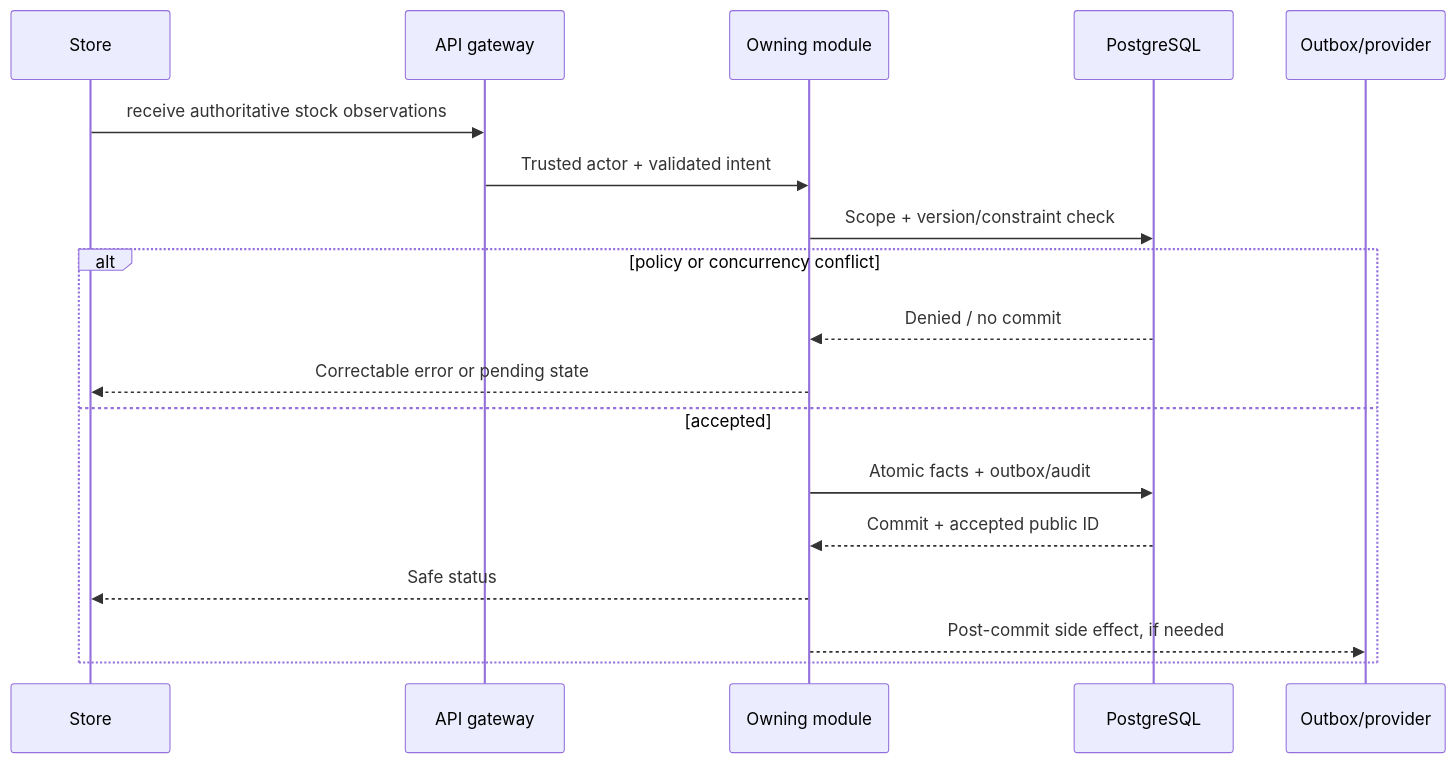
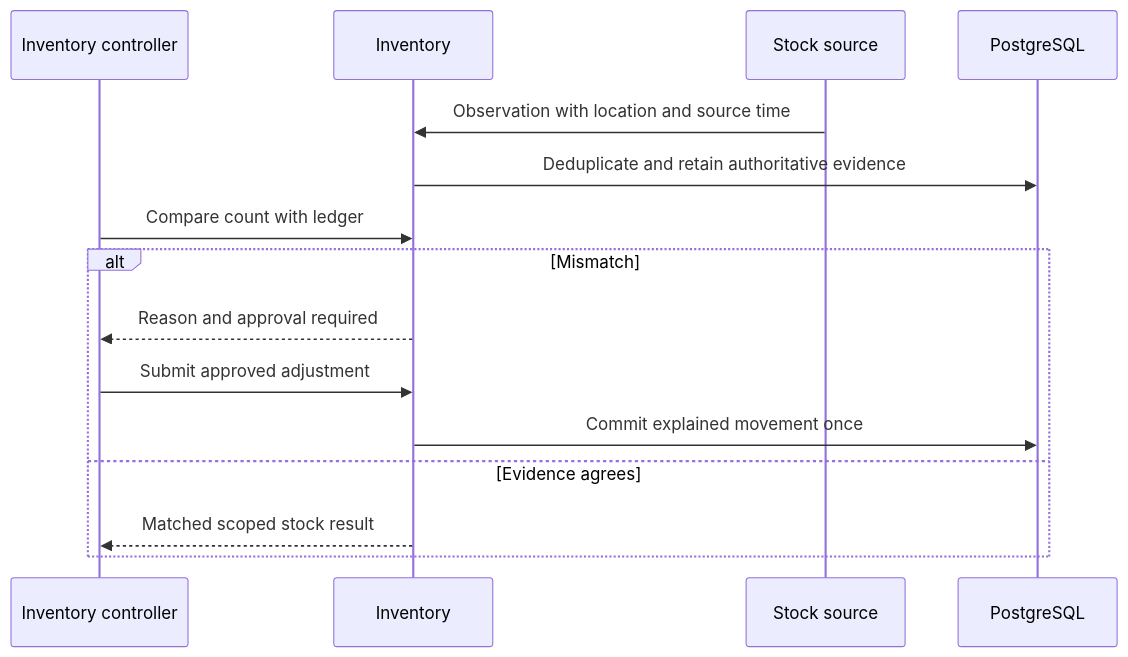
The diagram in 06-Workflows/WF-011-Inventory-Reconciliation.md (shiladityamajumder/pharmville-docs), drawn with Mermaid before and after one commit. The commit also changed other lines of this file and 158 other files, not shown here.

Commit message:
docs: add business guides, fix Mermaid diagrams, improve traceability and automate validation

````diff
--- a/06-Workflows/WF-011-Inventory-Reconciliation.md
+++ b/06-Workflows/WF-011-Inventory-Reconciliation.md
@@ -31,20 +26,17 @@
 ```mermaid
 sequenceDiagram
-  participant A as Store
-  participant API as API gateway
-  participant O as Owning module
-  participant PG as PostgreSQL
-  participant P as Outbox/provider
-  A->>API: receive authoritative stock observations
-  API->>O: Trusted actor + validated intent
-  O->>PG: Scope + version/constraint check
-  alt policy or concurrency conflict
-    PG-->>O: Denied / no commit
-    O-->>A: Correctable error or pending state
-  else accepted
-    O->>PG: Atomic facts + outbox/audit
-    PG-->>O: Commit + accepted public ID
-    O-->>A: Safe status
-    O-->>P: Post-commit side effect, if needed
+  participant C as Inventory controller
+  participant O as Inventory
+  participant S as Stock source
+  participant D as PostgreSQL
+  S->>O: Observation with location and source time
+  O->>D: Deduplicate and retain authoritative evidence
+  C->>O: Compare count with ledger
+  alt Mismatch
+    O-->>C: Reason and approval required
+    C->>O: Submit approved adjustment
+    O->>D: Commit explained movement once
+  else Evidence agrees
+    O-->>C: Matched scoped stock result
   end
 ```
````
